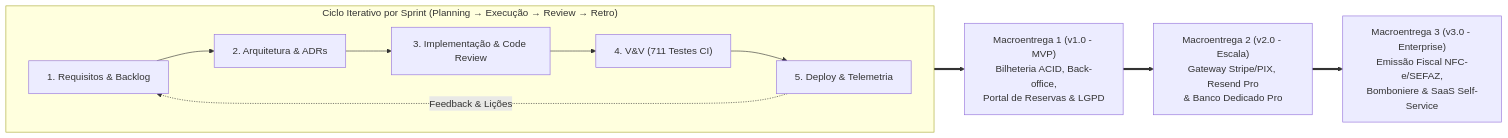
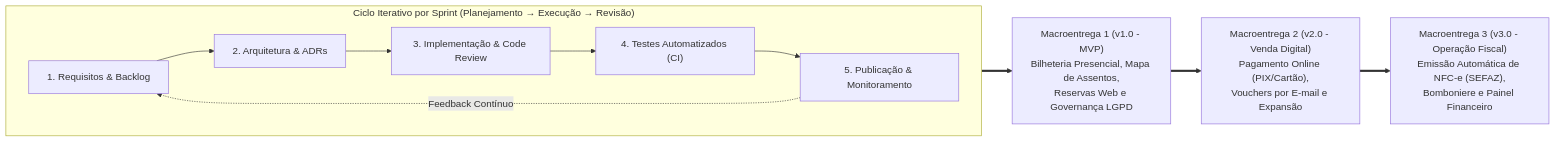
The diagram in manual/capitulos/03-processos-organizacionais.md (CINESOFT-SOLUTIONS/manual-processos-software), drawn with Mermaid before and after one commit. The commit also changed other lines of this file and 2 other files, not shown here.

````diff
--- a/manual/capitulos/03-processos-organizacionais.md
+++ b/manual/capitulos/03-processos-organizacionais.md
@@ -11,15 +15,15 @@
 ```mermaid
 flowchart LR
-    subgraph Ciclo["Ciclo Iterativo por Sprint (Planning → Execução → Review → Retro)"]
+    subgraph Ciclo["Ciclo Iterativo por Sprint (Planejamento → Execução → Revisão)"]
         direction LR
         R["1. Requisitos & Backlog"] --> D["2. Arquitetura & ADRs"]
         D --> I["3. Implementação & Code Review"]
-        I --> T["4. V&V (711 Testes CI)"]
-        T --> P["5. Deploy & Telemetria"]
-        P -.->|"Feedback & Lições"| R
+        I --> T["4. Testes Automatizados (CI)"]
+        T --> P["5. Publicação & Monitoramento"]
+        P -.->|"Feedback Contínuo"| R
     end
 
-    Ciclo ==> M1["Macroentrega 1 (v1.0 - MVP)\nBilheteria ACID, Back-office,\nPortal de Reservas & LGPD"]
-    M1 ==> M2["Macroentrega 2 (v2.0 - Escala)\nGateway Stripe/PIX, Resend Pro\n& Banco Dedicado Pro"]
-    M2 ==> M3["Macroentrega 3 (v3.0 - Enterprise)\nEmissão Fiscal NFC-e/SEFAZ,\nBomboniere & SaaS Self-Service"]
+    Ciclo ==> M1["Macroentrega 1 (v1.0 - MVP)\nBilheteria Presencial, Mapa de Assentos,\nReservas Web e Governança LGPD"]
+    M1 ==> M2["Macroentrega 2 (v2.0 - Venda Digital)\nPagamento Online (PIX/Cartão),\nVouchers por E-mail e Expansão"]
+    M2 ==> M3["Macroentrega 3 (v3.0 - Operação Fiscal)\nEmissão Automática de NFC-e (SEFAZ),\nBomboniere e Painel Financeiro"]
 ```
````
